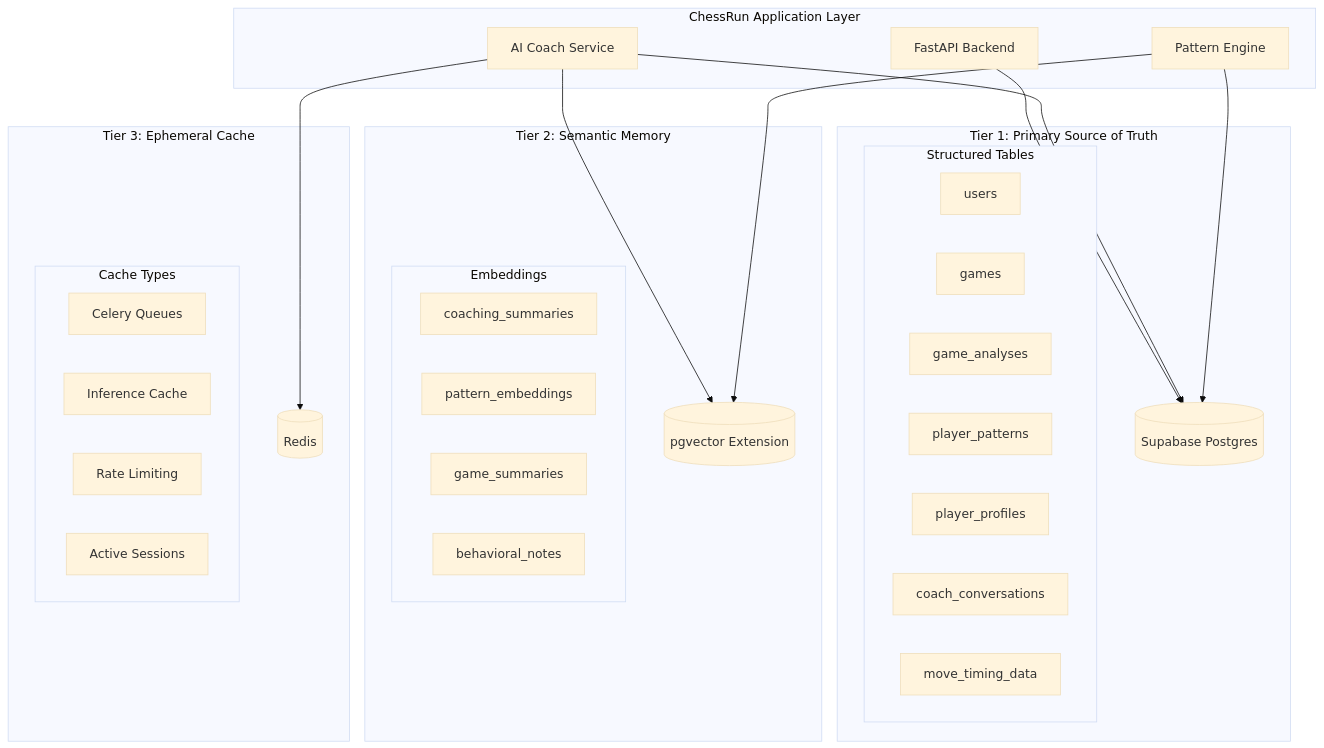
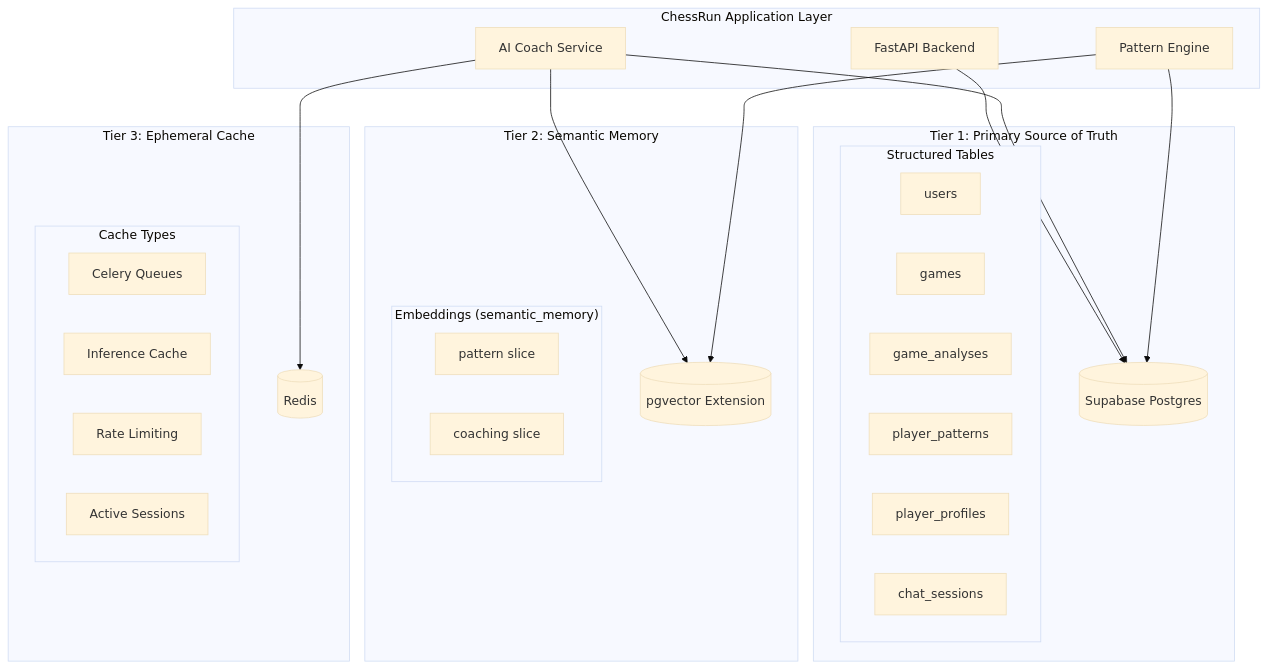
Before and after one commit to ArcnetLabs/chess-AI: the first of 6 diagrams in docs/architecture/MEMORY_RETRIEVAL_CONTEXT_ARCHITECTURE.md, drawn with Mermaid (base theme). The commit also changed other lines of this file and 5 other files, not shown here.

First line of the commit message:
﻿docs: player-intelligence phase 1 audit and target architecture

````diff
--- a/docs/architecture/MEMORY_RETRIEVAL_CONTEXT_ARCHITECTURE.md
+++ b/docs/architecture/MEMORY_RETRIEVAL_CONTEXT_ARCHITECTURE.md
@@ -65,48 +67,45 @@
 ```mermaid
 flowchart TB
     subgraph Application["ChessRun Application Layer"]
         API[FastAPI Backend]
         COACH[AI Coach Service]
         PATTERN[Pattern Engine]
     end
 
     subgraph Tier1["Tier 1: Primary Source of Truth"]
         PG[(Supabase Postgres)]
         subgraph PGTables["Structured Tables"]
             USERS[users]
             GAMES[games]
             ANALYSES[game_analyses]
             PATTERNS[player_patterns]
             PROFILES[player_profiles]
-            CHAT[coach_conversations]
-            TIMING[move_timing_data]
+            CHAT[chat_sessions]
         end
     end
 
     subgraph Tier2["Tier 2: Semantic Memory"]
         PGVEC[(pgvector Extension)]
-        subgraph Vectors["Embeddings"]
-            COACH_EMB[coaching_summaries]
-            PAT_EMB[pattern_embeddings]
-            GAME_EMB[game_summaries]
-            BEHAV_EMB[behavioral_notes]
+        subgraph Vectors["Embeddings (semantic_memory)"]
+            PAT_EMB[pattern slice]
+            COACH_EMB[coaching slice]
         end
     end
 
     subgraph Tier3["Tier 3: Ephemeral Cache"]
         REDIS[(Redis)]
         subgraph CacheTypes["Cache Types"]
             CELERY[Celery Queues]
             INF[Inference Cache]
             RATE[Rate Limiting]
             SESSION[Active Sessions]
         end
     end
 
     API --> PG
     COACH --> PG
     COACH --> PGVEC
     COACH --> REDIS
     PATTERN --> PG
     PATTERN --> PGVEC
 ```
````
